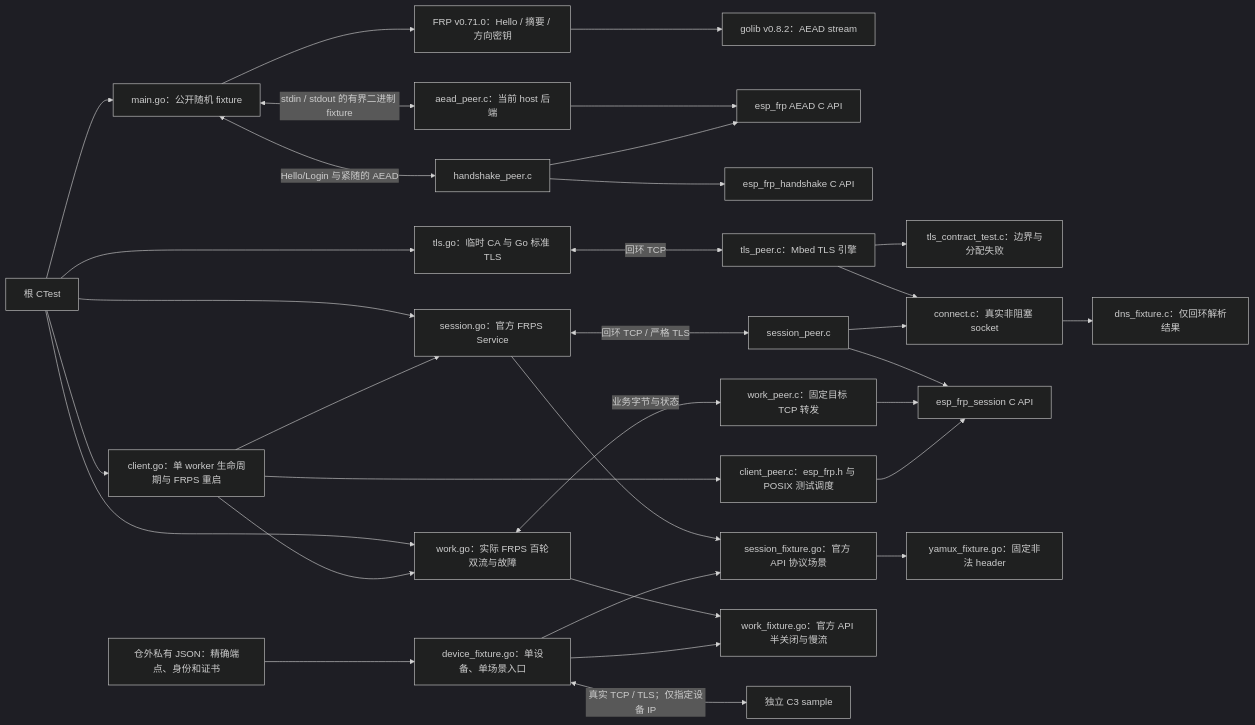
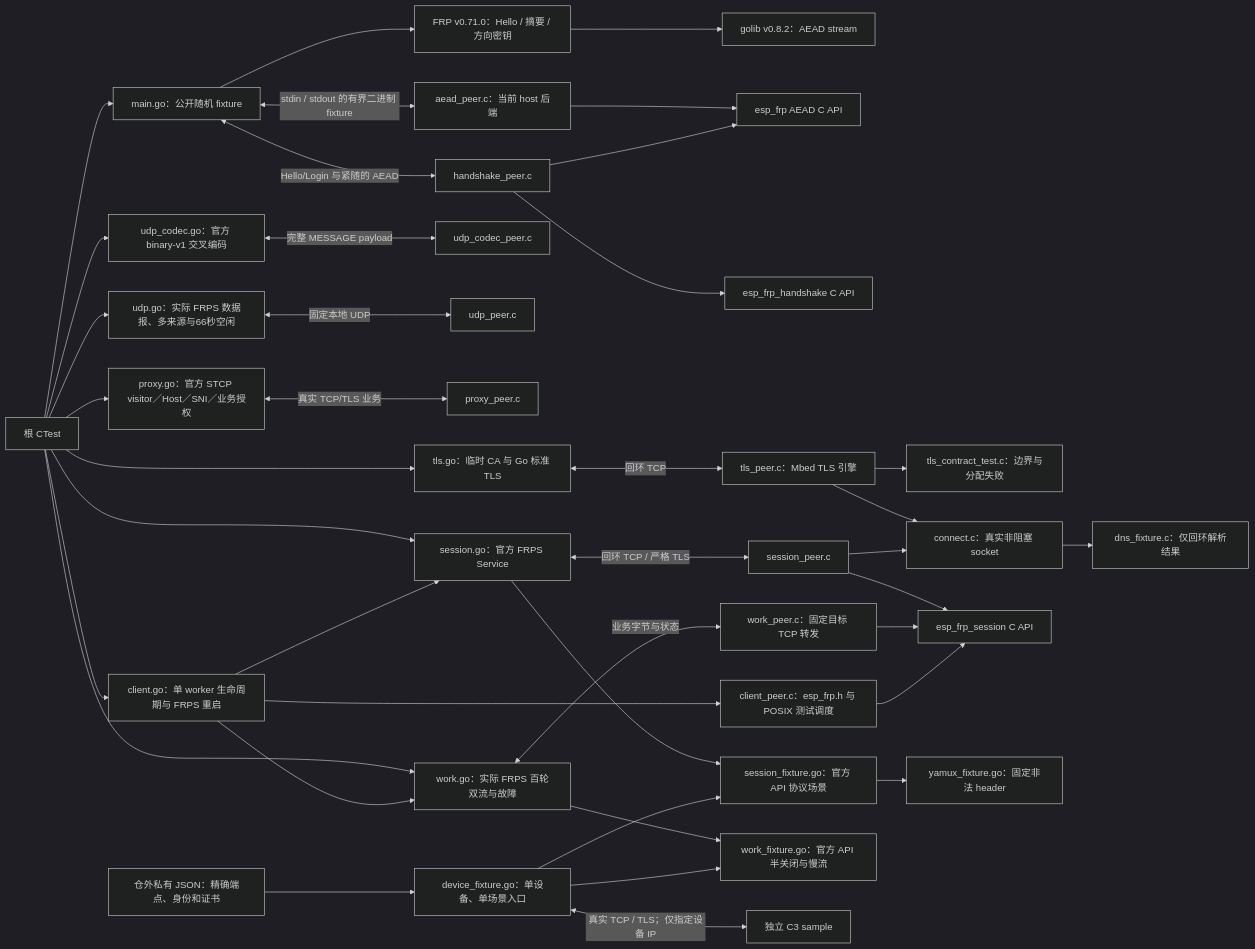
The diagram in tests/crypto-interop/README.md (darren-you/esp-frp), drawn with Mermaid (dark theme) before and after one commit. The commit also changed other lines of this file and 679 other files, not shown here.

````diff
--- a/tests/crypto-interop/README.md
+++ b/tests/crypto-interop/README.md
@@ -5,35 +5,41 @@
 ```mermaid
 flowchart LR
     root["根 CTest"] --> go["main.go：公开随机 fixture"]
     go --> frp["FRP v0.71.0：Hello / 摘要 / 方向密钥"]
     frp --> lib["golib v0.8.2：AEAD stream"]
     go <-->|"stdin / stdout 的有界二进制 fixture"| peer["aead_peer.c：当前 host 后端"]
     peer --> core["esp_frp AEAD C API"]
     go <-->|"Hello/Login 与紧随的 AEAD"| handshake["handshake_peer.c"]
     handshake --> session["esp_frp_handshake C API"]
     handshake --> core
+    root --> udp_codec["udp_codec.go：官方 binary-v1 交叉编码"]
+    udp_codec <-->|"完整 MESSAGE payload"| udp_codec_peer["udp_codec_peer.c"]
+    root --> udp["udp.go：实际 FRPS 数据报、多来源与66秒空闲"]
+    udp <-->|"固定本地 UDP"| udp_peer["udp_peer.c"]
+    root --> proxy["proxy.go：官方 STCP visitor／Host／SNI／业务授权"]
+    proxy <-->|"真实 TCP/TLS 业务"| proxy_peer["proxy_peer.c"]
     root --> tls["tls.go：临时 CA 与 Go 标准 TLS"]
     tls <-->|"回环 TCP"| tp["tls_peer.c：Mbed TLS 引擎"]
     tp --> tc["tls_contract_test.c：边界与分配失败"]
     tp --> socket["connect.c：真实非阻塞 socket"]
     socket --> fixture["dns_fixture.c：仅回环解析结果"]
     root --> control["session.go：官方 FRPS Service"]
     control <-->|"回环 TCP / 严格 TLS"| sp["session_peer.c"]
     sp --> composed["esp_frp_session C API"]
     sp --> socket
     control --> faults["session_fixture.go：官方 API 协议场景"]
     root --> work["work.go：实际 FRPS 百轮双流与故障"]
     work <-->|"业务字节与状态"| wp["work_peer.c：固定目标 TCP 转发"]
     wp --> composed
     root --> client["client.go：单 worker 生命周期与 FRPS 重启"]
     client --> worker["client_peer.c：esp_frp.h 与 POSIX 测试调度"]
     worker --> composed
     client --> control
     client --> work
     work --> wf["work_fixture.go：官方 API 半关闭与慢流"]
     private["仓外私有 JSON：精确端点、身份和证书"] --> device["device_fixture.go：单设备、单场景入口"]
     device --> faults
     device --> wf
     faults --> malformed["yamux_fixture.go：固定非法 header"]
     device <-->|"真实 TCP / TLS；仅指定设备 IP"| c3["独立 C3 sample"]
 ```
````
